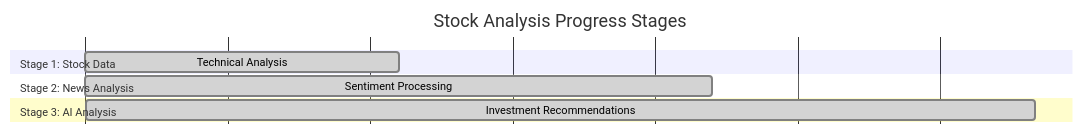
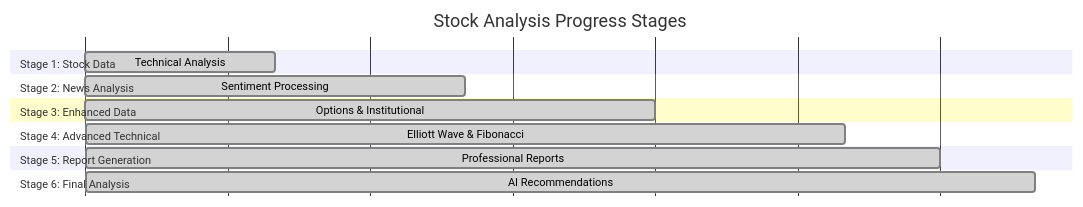
Before and after one commit to iamsudhanshu/stock-analyzer: the seventh of 7 diagrams in README.md, drawn with Mermaid. The commit also changed other lines of this file and 17 other files, not shown here.

````diff
--- a/README.md
+++ b/README.md
@@ -246,15 +541,24 @@
 ```mermaid
 gantt
     title Stock Analysis Progress Stages
     dateFormat X
     axisFormat %
     
     section Stage 1: Stock Data
-    Technical Analysis     :done, stage1, 0, 33
+    Technical Analysis     :done, stage1, 0, 20
     
     section Stage 2: News Analysis  
-    Sentiment Processing   :done, stage2, 33, 66
+    Sentiment Processing   :done, stage2, 20, 40
     
-    section Stage 3: AI Analysis
-    Investment Recommendations :done, stage3, 66, 100
+    section Stage 3: Enhanced Data
+    Options & Institutional :done, stage3, 40, 60
+    
+    section Stage 4: Advanced Technical
+    Elliott Wave & Fibonacci :done, stage4, 60, 80
+    
+    section Stage 5: Report Generation
+    Professional Reports   :done, stage5, 80, 90
+    
+    section Stage 6: Final Analysis
+    AI Recommendations     :done, stage6, 90, 100
 ```
````
